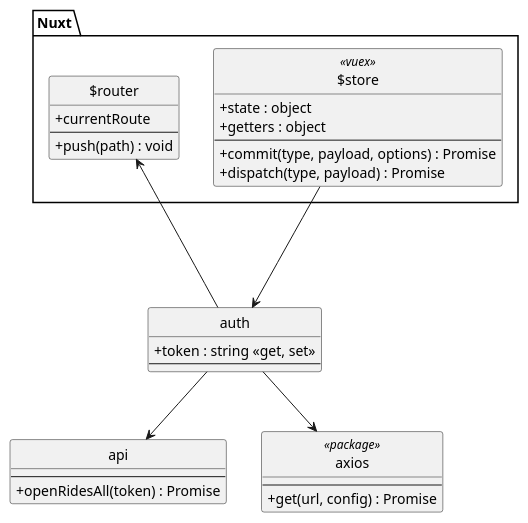
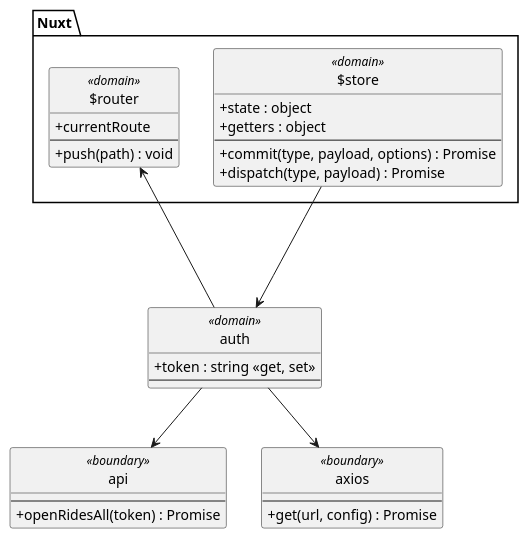
The diagram in docs/class-diagram-uc12.plantuml (Phoenix1355/I4PRJ4-Web), drawn with PlantUML before and after one commit. The commit also changed 4 other files, not shown here.

```diff
--- a/docs/class-diagram-uc12.plantuml
+++ b/docs/class-diagram-uc12.plantuml
@@ -1,44 +1,44 @@
 @startuml UC12-Oversigt
 
 skinparam shadowing false
 skinparam classAttributeIconSize 0
 skinparam monochrome true
 skinparam backgroundColor transparent
 skinparam style strictuml
 
 package Nuxt {
-    class $router {
+    class $router <<domain>> {
         + currentRoute
         --
         + push(path) : void
     }
 
-    class $store <<vuex>> {
+    class $store <<domain>> {
         + state : object
         + getters : object
         --
         + commit(type, payload, options) : Promise
         + dispatch(type, payload) : Promise
     }
 }
 
-class auth {
+class auth <<domain>> {
     + token : string <<get, set>>
     --
 }
 $store ---> auth
 auth --> $router
 
-class api {
+class api <<boundary>> {
     --
     + openRidesAll(token) : Promise
 }
 auth --> api
 
-class axios <<package>> {
+class axios <<boundary>> {
     --
     + get(url, config) : Promise
 }
 auth --> axios
 
 @enduml
```
